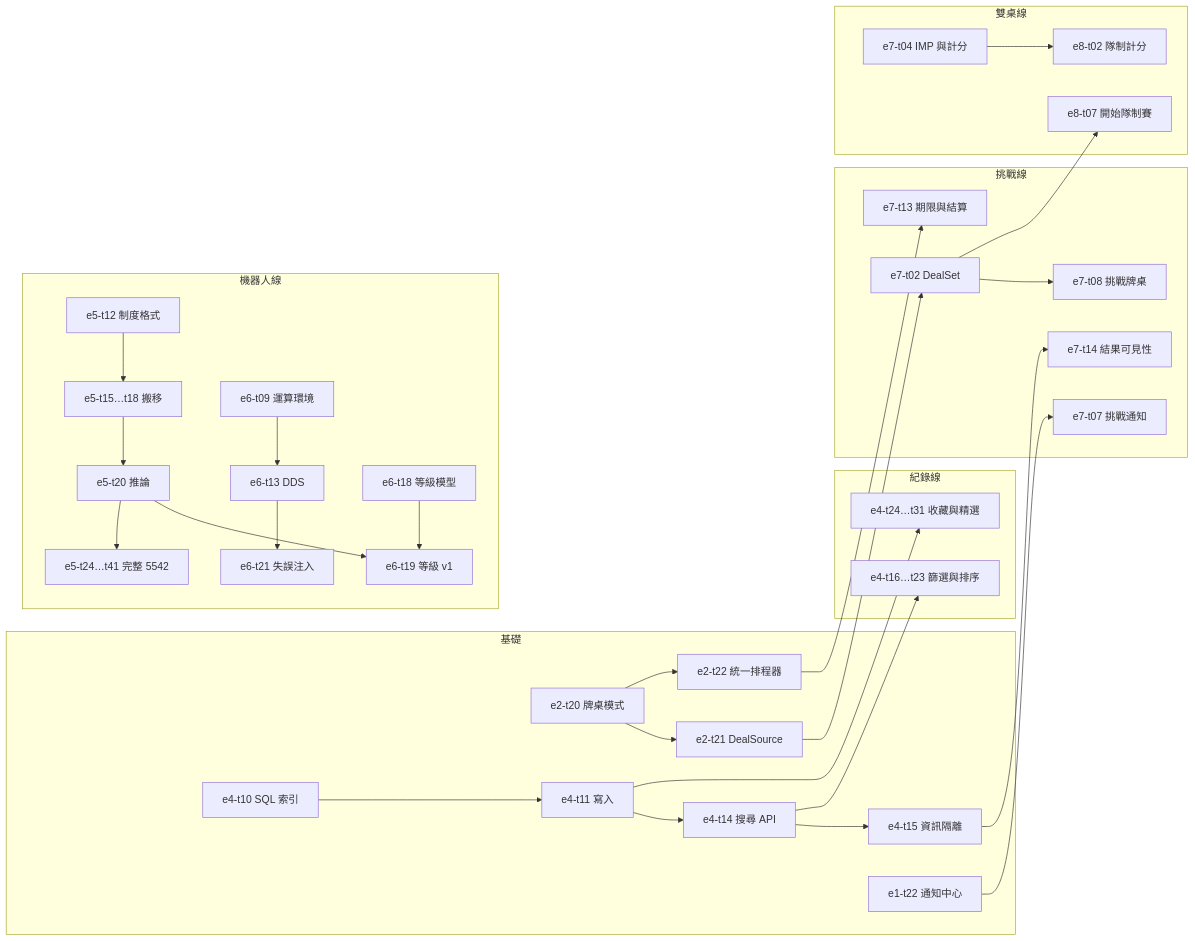
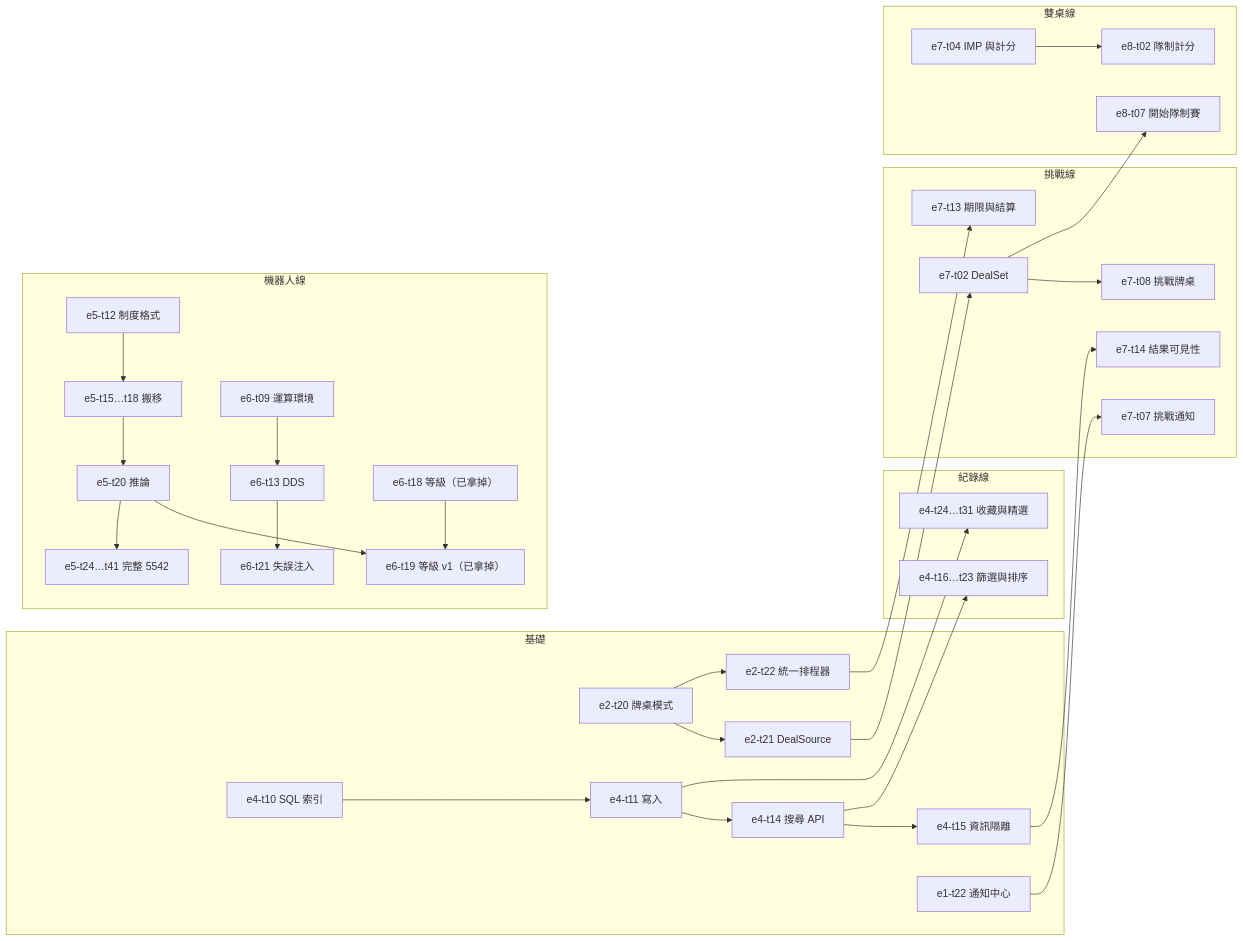
The diagram in docs/PRD/README.md (GeneCLee6/TKU-BridgeTable), drawn with Mermaid before and after one commit. The commit also changed other lines of this file and 55 other files, not shown here.

````diff
--- a/docs/PRD/README.md
+++ b/docs/PRD/README.md
@@ -71,29 +71,29 @@
 ```mermaid
 flowchart LR
   subgraph base["基礎"]
     T20["e2-t20 牌桌模式"] --> T21["e2-t21 DealSource"]
     T20 --> T22["e2-t22 統一排程器"]
     S10["e4-t10 SQL 索引"] --> S11["e4-t11 寫入"] --> S14["e4-t14 搜尋 API"] --> S15["e4-t15 資訊隔離"]
     N22["e1-t22 通知中心"]
   end
   subgraph records["紀錄線"]
     S14 --> F["e4-t16…t23 篩選與排序"]
     S11 --> FAV["e4-t24…t31 收藏與精選"]
   end
   subgraph challenge["挑戰線"]
     T21 --> D02["e7-t02 DealSet"] --> C08["e7-t08 挑戰牌桌"]
     T22 --> C13["e7-t13 期限與結算"]
     S15 --> C14["e7-t14 結果可見性"]
     N22 --> C07["e7-t07 挑戰通知"]
   end
   subgraph team["雙桌線"]
     D02 --> M07["e8-t07 開始隊制賽"]
     I04["e7-t04 IMP 與計分"] --> M02["e8-t02 隊制計分"]
   end
   subgraph robot["機器人線"]
     B12["e5-t12 制度格式"] --> B15["e5-t15…t18 搬移"] --> B20["e5-t20 推論"] --> B24["e5-t24…t41 完整 5542"]
     R09["e6-t09 運算環境"] --> R13["e6-t13 DDS"] --> R21["e6-t21 失誤注入"]
-    R18["e6-t18 等級模型"] --> R19["e6-t19 等級 v1"]
+    R18["e6-t18 等級（已拿掉）"] --> R19["e6-t19 等級 v1（已拿掉）"]
     B20 --> R19
   end
 ```
````
